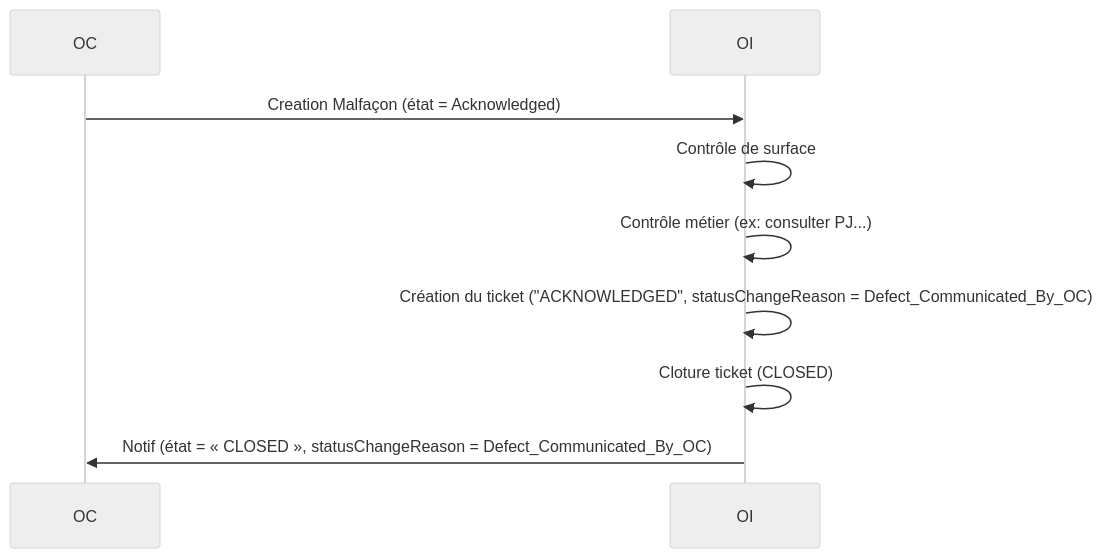
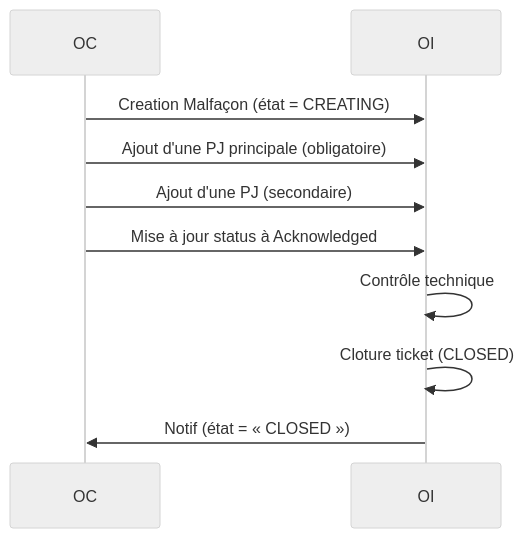
Diagram 12 of 12 in README.md (before-interop/malfacon), drawn with Mermaid (neutral theme) before and after one commit. The commit also changed other lines of this file and 6 other files, not shown here.

````diff
--- a/README.md
+++ b/README.md
@@ -602,13 +747,14 @@
 ```mermaid
 sequenceDiagram
 
   participant OC
   participant OI
 
-  OC->>OI: Creation Malfaçon (état = Acknowledged)
-  OI->>OI: Contrôle de surface
-  OI->>OI: Contrôle métier (ex: consulter PJ...)
-  OI->>OI: Création du ticket ("ACKNOWLEDGED", statusChangeReason = Defect_Communicated_By_OC)
+  OC->>OI: Creation Malfaçon (état = CREATING)
+  OC->>OI: Ajout d'une PJ principale (obligatoire)
+  OC->>OI: Ajout d'une PJ (secondaire)
+  OC->>OI: Mise à jour status à Acknowledged
+  OI->>OI: Contrôle technique
   OI->>OI: Cloture ticket (CLOSED)
-  OI->>OC: Notif (état = « CLOSED », statusChangeReason = Defect_Communicated_By_OC)
+  OI->>OC: Notif (état = « CLOSED »)
 ```
````
